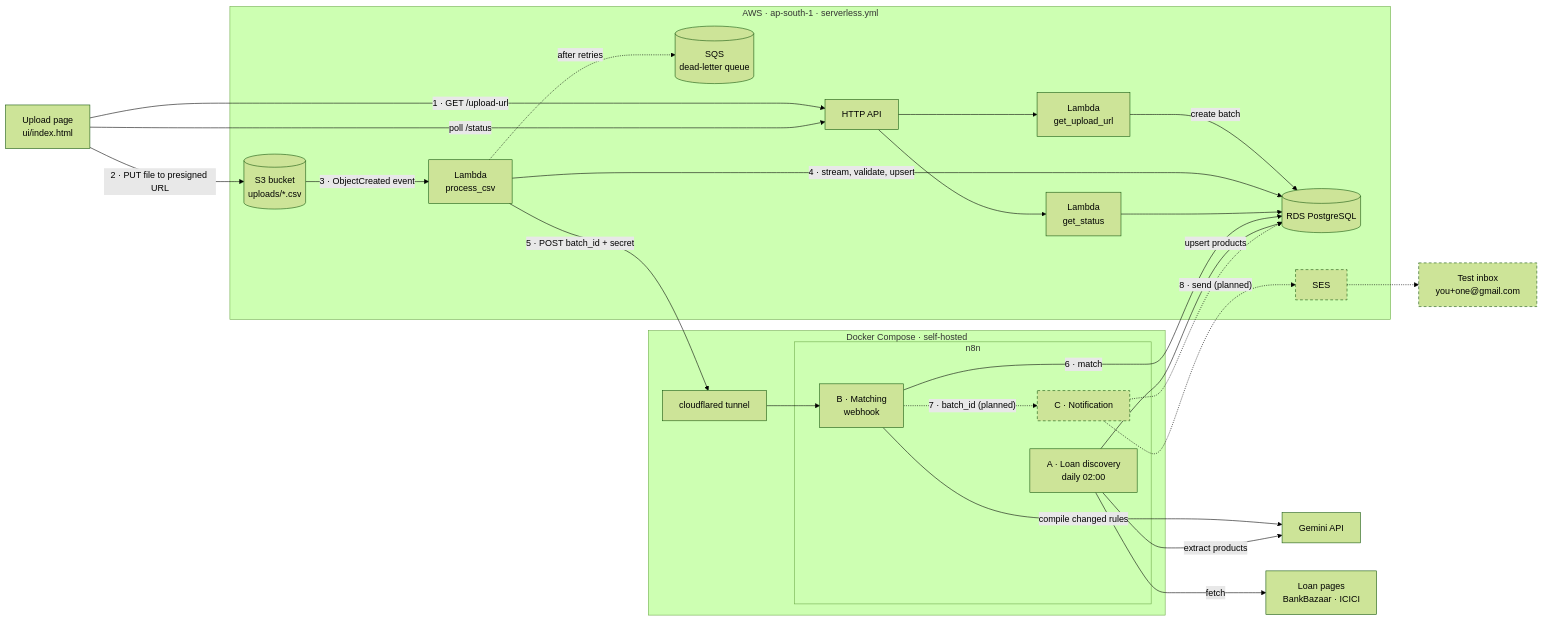
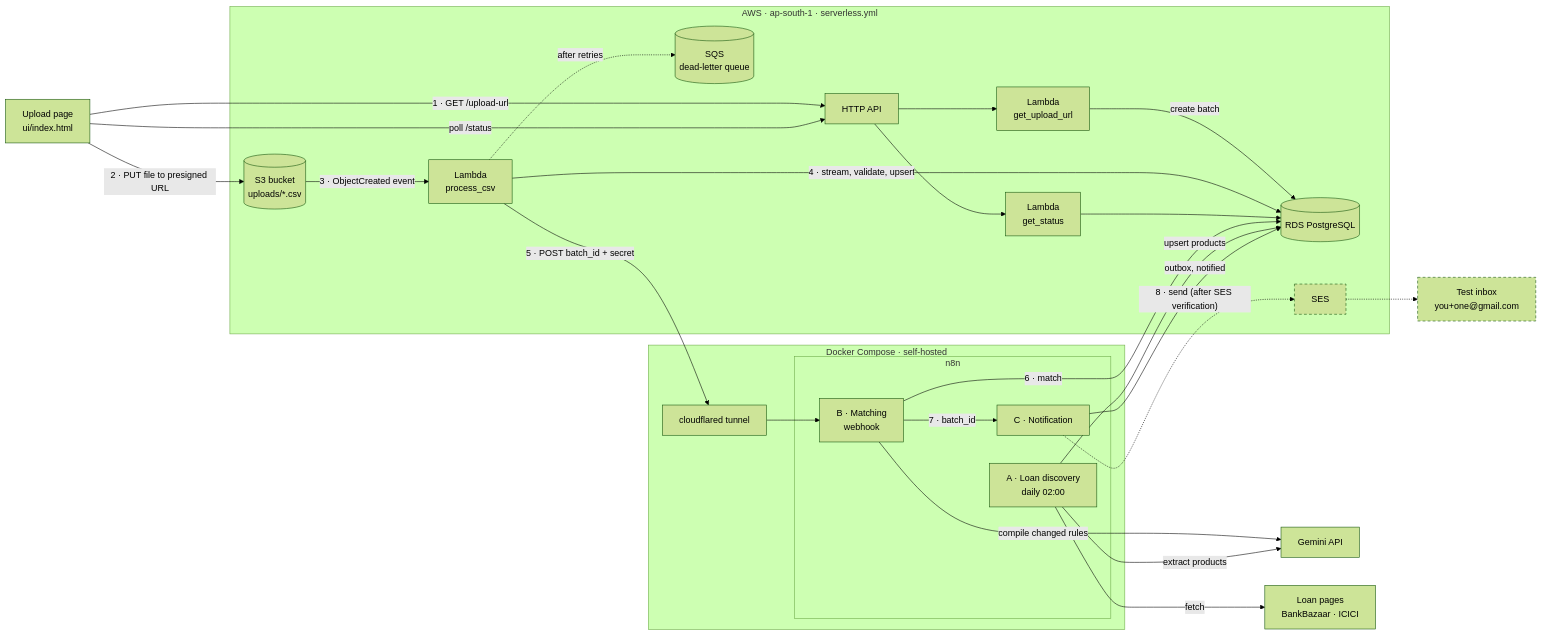
The first of 4 diagrams in README.md (Vaibhavanandsingh/loan-eligibility-engine), drawn with Mermaid (forest theme) before and after one commit. The commit also changed other lines of this file and 11 other files, not shown here.

````diff
--- a/README.md
+++ b/README.md
@@ -44,53 +44,53 @@
 ```mermaid
 flowchart LR
   UI["Upload page<br/>ui/index.html"]
 
   subgraph AWS["AWS · ap-south-1 · serverless.yml"]
     API["HTTP API"]
     L1["Lambda<br/>get_upload_url"]
     L3["Lambda<br/>get_status"]
     S3[("S3 bucket<br/>uploads/*.csv")]
     L2["Lambda<br/>process_csv"]
     DLQ[("SQS<br/>dead-letter queue")]
     RDS[("RDS PostgreSQL")]
     SES["SES"]
   end
 
   subgraph DOCKER["Docker Compose · self-hosted"]
     TUN["cloudflared tunnel"]
     subgraph N8N["n8n"]
       A["A · Loan discovery<br/>daily 02:00"]
       B["B · Matching<br/>webhook"]
       C["C · Notification"]
     end
   end
 
   GEM["Gemini API"]
   WEB["Loan pages<br/>BankBazaar · ICICI"]
   INBOX["Test inbox<br/>you+one@gmail.com"]
 
   UI -- "1 · GET /upload-url" --> API
   API --> L1
   L1 -- "create batch" --> RDS
   UI -- "2 · PUT file to presigned URL" --> S3
   S3 -- "3 · ObjectCreated event" --> L2
   L2 -- "4 · stream, validate, upsert" --> RDS
   L2 -. "after retries" .-> DLQ
   L2 -- "5 · POST batch_id + secret" --> TUN
   TUN --> B
   UI -- "poll /status" --> API
   API --> L3
   L3 --> RDS
   B -- "6 · match" --> RDS
   B -- "compile changed rules" --> GEM
   A -- "fetch" --> WEB
   A -- "extract products" --> GEM
   A -- "upsert products" --> RDS
-  B -. "7 · batch_id (planned)" .-> C
-  C -.-> RDS
-  C -. "8 · send (planned)" .-> SES
+  B -- "7 · batch_id" --> C
+  C -- "outbox, notified" --> RDS
+  C -. "8 · send (after SES verification)" .-> SES
   SES -.-> INBOX
 
   classDef planned stroke-dasharray: 5 4
-  class C,SES,INBOX planned
+  class SES,INBOX planned
 ```
````
